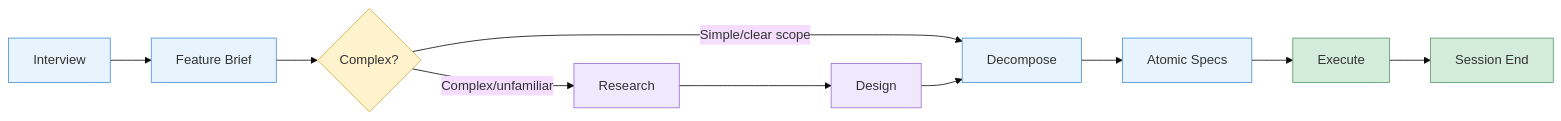
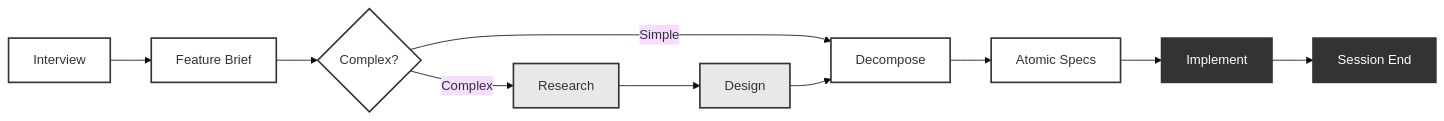
The diagram in README.md (maksutovic/joycraft), drawn with Mermaid (base theme) before and after one commit. The commit also changed other lines of this file, not shown here.

Commit message:
docs: update README with /joycraft-implement skill, simplify diagram

````diff
--- a/README.md
+++ b/README.md
@@ -83,22 +84,22 @@
 ```mermaid
 flowchart LR
     A[Interview] --> B[Feature Brief]
     B --> C{Complex?}
-    C -- "Simple/clear scope" --> F[Decompose]
-    C -- "Complex/unfamiliar" --> D[Research]
+    C -- "Simple" --> F[Decompose]
+    C -- "Complex" --> D[Research]
     D --> E[Design]
     E --> F
     F --> G[Atomic Specs]
-    G --> H[Execute]
+    G --> H[Implement]
     H --> I[Session End]
 
-    style A fill:#e8f4fd,stroke:#4a90d9
-    style B fill:#e8f4fd,stroke:#4a90d9
-    style C fill:#fef3cd,stroke:#d4a843
-    style D fill:#f0e8fd,stroke:#9b72cf
-    style E fill:#f0e8fd,stroke:#9b72cf
-    style F fill:#e8f4fd,stroke:#4a90d9
-    style G fill:#e8f4fd,stroke:#4a90d9
-    style H fill:#d4edda,stroke:#5a9a6e
-    style I fill:#d4edda,stroke:#5a9a6e
+    style A fill:#fff,stroke:#333,stroke-width:2px
+    style B fill:#fff,stroke:#333,stroke-width:2px
+    style C fill:#fff,stroke:#333,stroke-width:2px
+    style D fill:#e8e8e8,stroke:#333,stroke-width:2px
+    style E fill:#e8e8e8,stroke:#333,stroke-width:2px
+    style F fill:#fff,stroke:#333,stroke-width:2px
+    style G fill:#fff,stroke:#333,stroke-width:2px
+    style H fill:#333,stroke:#333,color:#fff,stroke-width:2px
+    style I fill:#333,stroke:#333,color:#fff,stroke-width:2px
 ```
````
